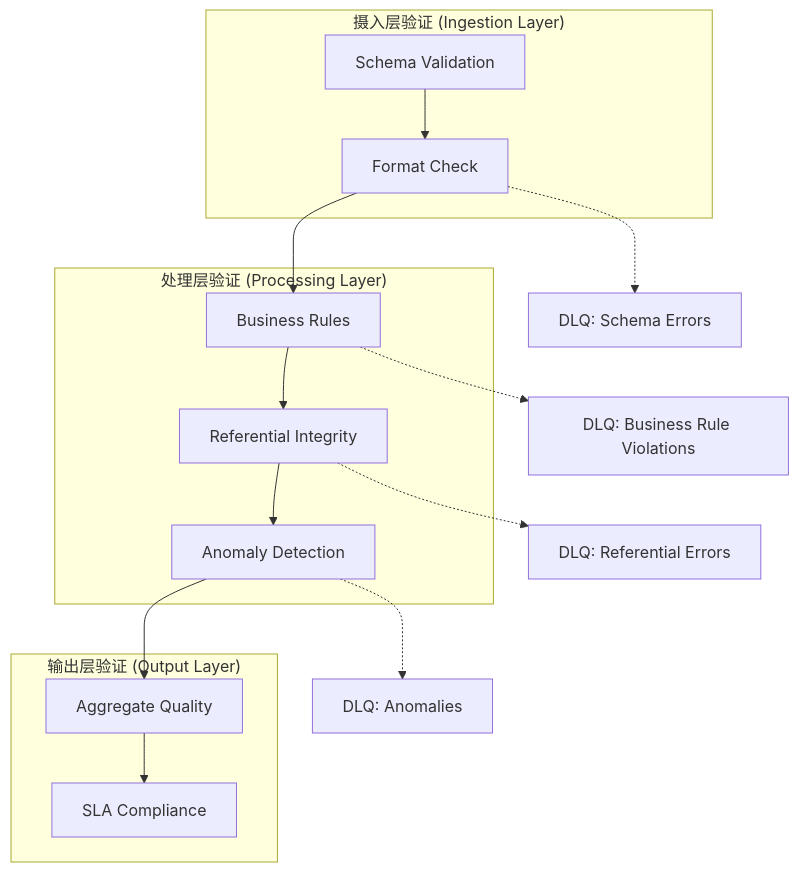
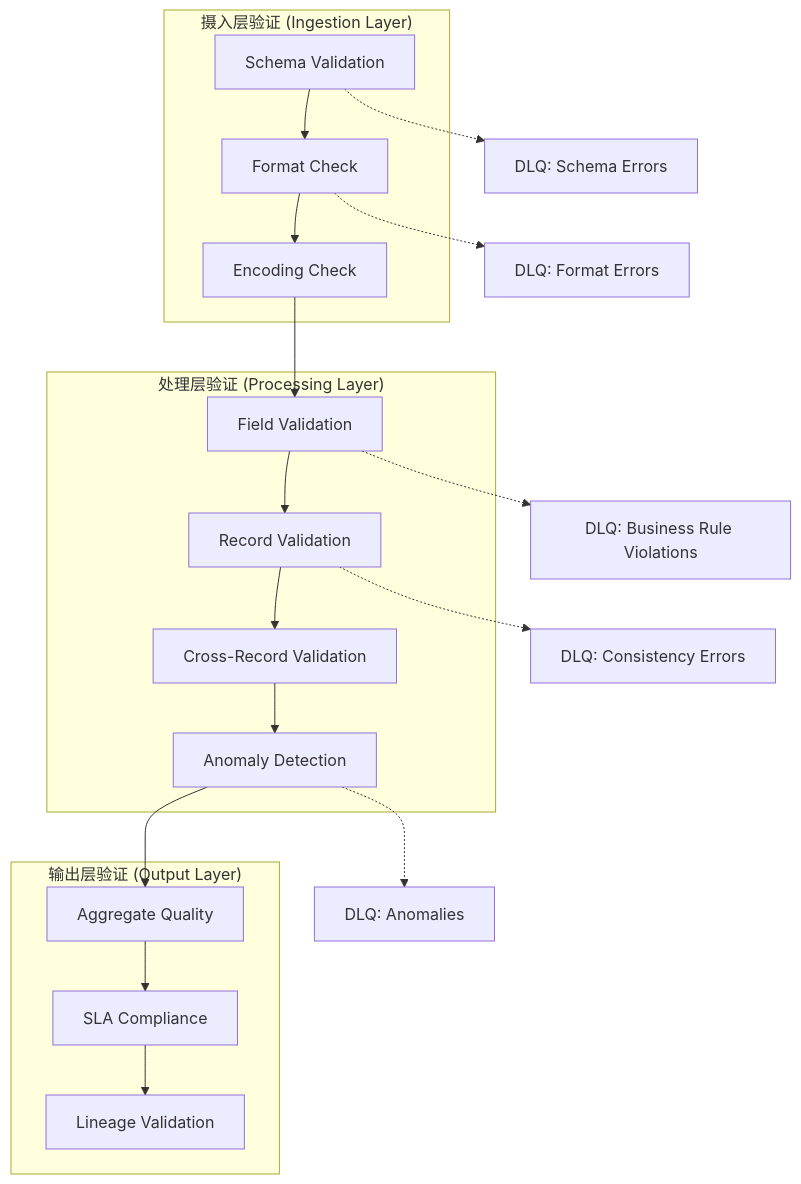
Before and after one commit to AdaMartin18010/AnalysisDataFlow: the first of 2 diagrams in Flink/04-runtime/04.03-observability/realtime-data-quality-monitoring.md, drawn with Mermaid. The commit also changed other lines of this file and 18 other files, not shown here.

````diff
--- a/Flink/04-runtime/04.03-observability/realtime-data-quality-monitoring.md
+++ b/Flink/04-runtime/04.03-observability/realtime-data-quality-monitoring.md
@@ -468,25 +772,29 @@
 ```mermaid
 flowchart TB
     subgraph "摄入层验证 (Ingestion Layer)"
         A[Schema Validation]
         B[Format Check]
+        C[Encoding Check]
     end
 
     subgraph "处理层验证 (Processing Layer)"
-        C[Business Rules]
-        D[Referential Integrity]
-        E[Anomaly Detection]
+        D[Field Validation]
+        E[Record Validation]
+        F[Cross-Record Validation]
+        G[Anomaly Detection]
     end
 
     subgraph "输出层验证 (Output Layer)"
-        F[Aggregate Quality]
-        G[SLA Compliance]
+        H[Aggregate Quality]
+        I[SLA Compliance]
+        J[Lineage Validation]
     end
 
-    A --> B --> C --> D --> E --> F --> G
+    A --> B --> C --> D --> E --> F --> G --> H --> I --> J
 
-    B -.-> DLQ1[DLQ: Schema Errors]
-    C -.-> DLQ2[DLQ: Business Rule Violations]
-    D -.-> DLQ3[DLQ: Referential Errors]
-    E -.-> DLQ4[DLQ: Anomalies]
+    A -.-> DLQ1[DLQ: Schema Errors]
+    B -.-> DLQ2[DLQ: Format Errors]
+    D -.-> DLQ3[DLQ: Business Rule Violations]
+    E -.-> DLQ4[DLQ: Consistency Errors]
+    G -.-> DLQ5[DLQ: Anomalies]
 ```
````
